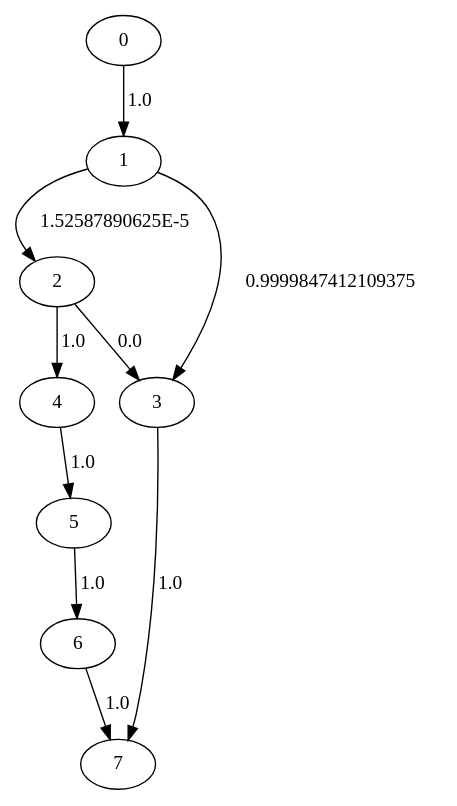
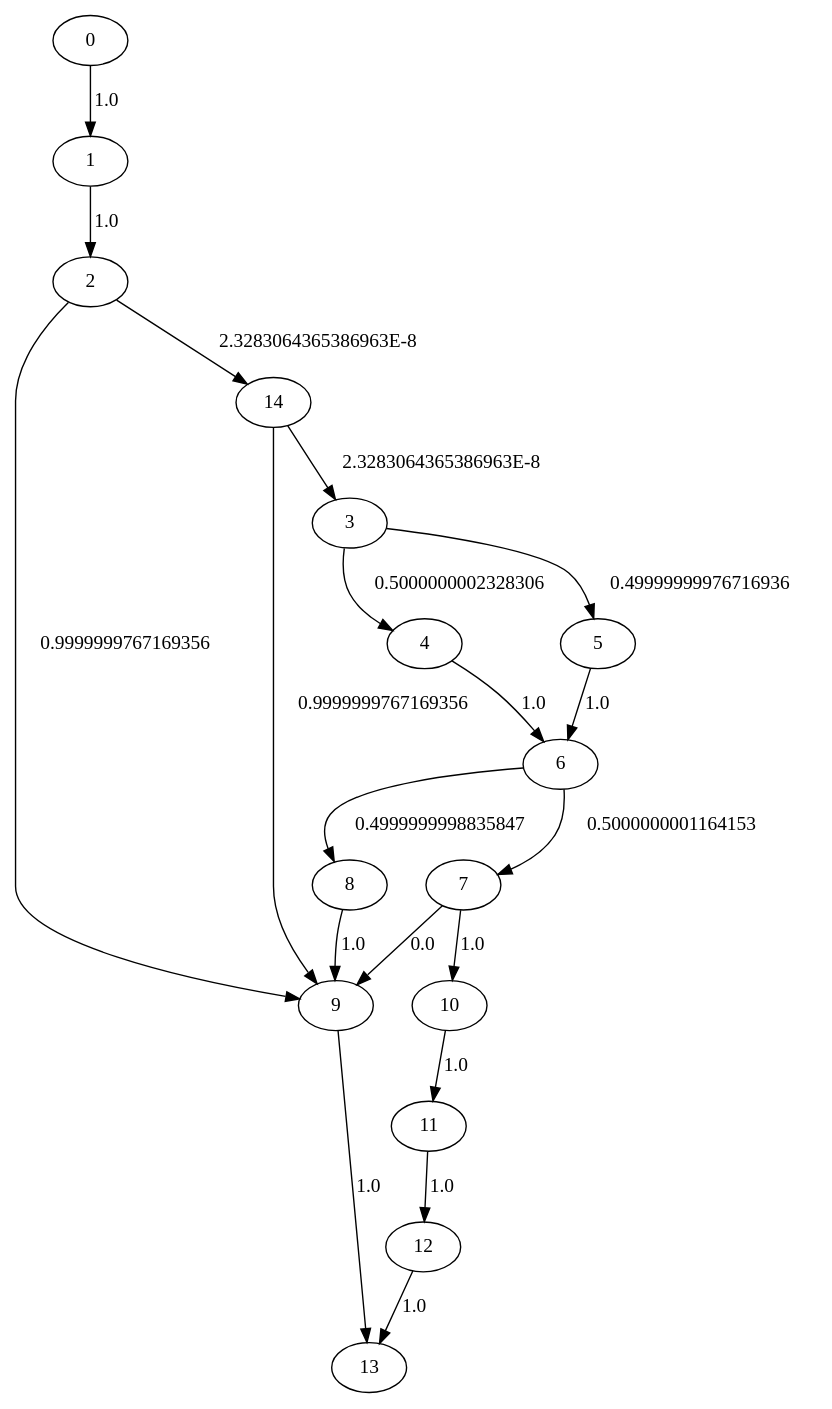
Before and after one commit to seemantasaha/DependencyAnalysis: the diagram in LMain_test.dot, drawn with Graphviz. The commit also changed 24 other files, not shown here.

```diff
--- a/LMain_test.dot
+++ b/LMain_test.dot
@@ -1,11 +1,21 @@
 digraph {
 	0 -> 1[label= "1.0"];
-	2 -> 3[label= "0.0"];
-	2 -> 4[label= "1.0"];
-	4 -> 5[label= "1.0"];
+	1 -> 2[label= "1.0"];
+	3 -> 4[label= "0.5000000002328306"];
+	3 -> 5[label= "0.49999999976716936"];
 	5 -> 6[label= "1.0"];
-	6 -> 7[label= "1.0"];
-	3 -> 7[label= "1.0"];
-	1 -> 3[label= "0.9999847412109375"];
-	1 -> 2[label= "1.52587890625E-5"];
+	4 -> 6[label= "1.0"];
+	6 -> 7[label= "0.5000000001164153"];
+	6 -> 8[label= "0.4999999998835847"];
+	8 -> 9[label= "1.0"];
+	7 -> 9[label= "0.0"];
+	7 -> 10[label= "1.0"];
+	10 -> 11[label= "1.0"];
+	11 -> 12[label= "1.0"];
+	12 -> 13[label= "1.0"];
+	9 -> 13[label= "1.0"];
+	2 -> 9[label= "0.9999999767169356"];
+	2 -> 14[label= "2.3283064365386963E-8"];
+	14 -> 9[label= "0.9999999767169356"];
+	14 -> 3[label= "2.3283064365386963E-8"];
 }
```
